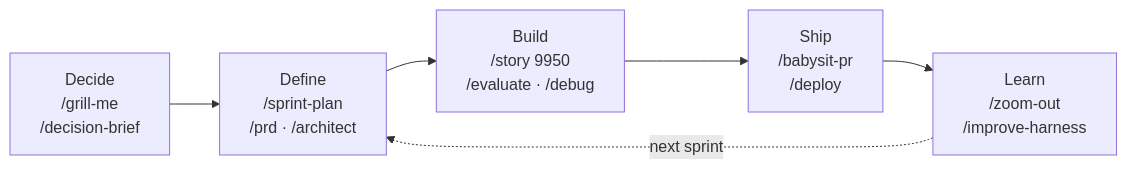
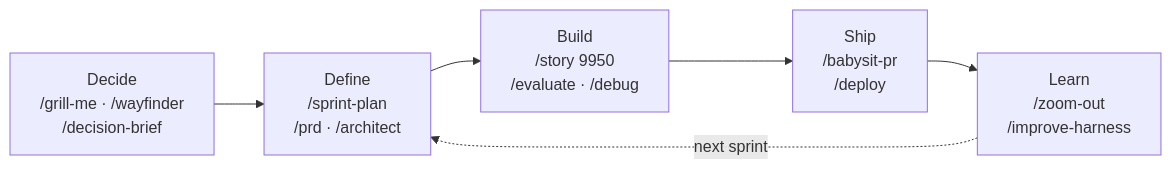
The third of 3 diagrams in README.md (anudeeps28/claude-code-harness), drawn with Mermaid before and after one commit. The commit also changed other lines of this file, not shown here.

First line of the commit message:
docs(readme): place /wayfinder in the Decide phase + document its handoff

````diff
--- a/README.md
+++ b/README.md
@@ -103,11 +105,11 @@
 ```mermaid
 flowchart LR
-    D["Decide<br/>/grill-me<br/>/decision-brief"]
+    D["Decide<br/>/grill-me · /wayfinder<br/>/decision-brief"]
     Def["Define<br/>/sprint-plan<br/>/prd · /architect"]
     B["Build<br/>/story 9950<br/>/evaluate · /debug"]
     S["Ship<br/>/babysit-pr<br/>/deploy"]
     L["Learn<br/>/zoom-out<br/>/improve-harness"]
 
     D --> Def --> B --> S --> L
     L -.->|"next sprint"| Def
 ```
````
